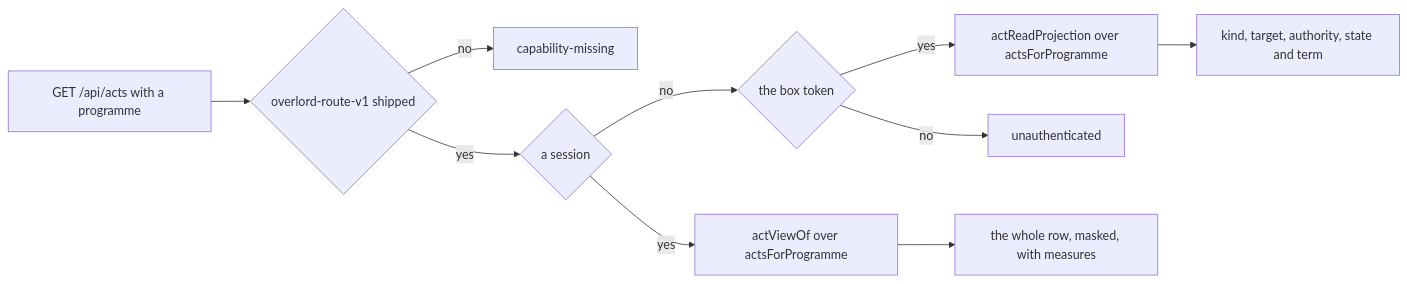
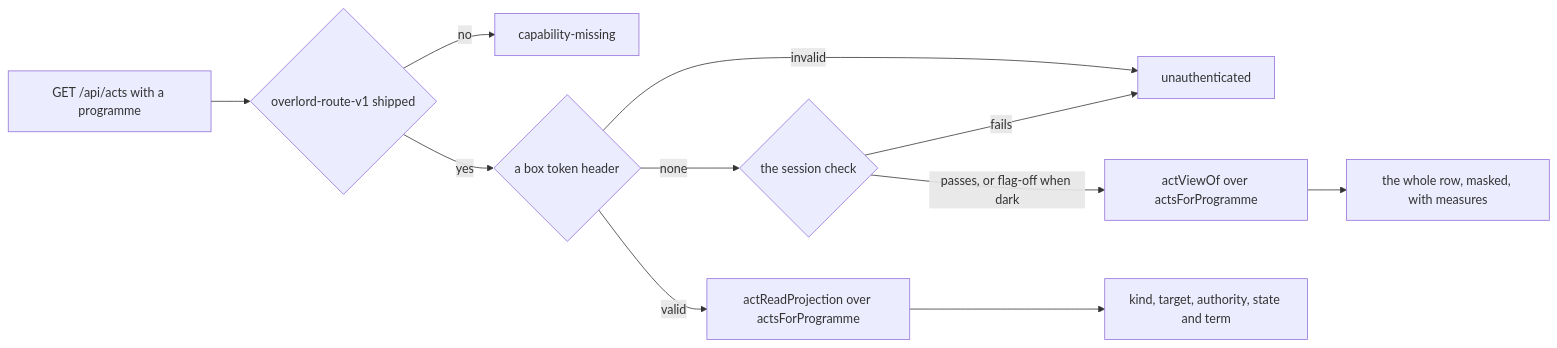
One commit to Synapsium-Labs/ccrc-pwa changed the first of 3 diagrams in docs/superpowers/plans/2026-11-16-overlord-w2/w2-act-reads.md. Above: the diagram before and after it, drawn with Mermaid. The commit also changed other lines of this file and 1 other file, not shown here.

First line of the commit message:
docs(plan): fix round 1 of the W2 operator doors and act reads plans (review 2286)

````diff
--- a/docs/superpowers/plans/2026-11-16-overlord-w2/w2-act-reads.md
+++ b/docs/superpowers/plans/2026-11-16-overlord-w2/w2-act-reads.md
@@ -270,12 +311,13 @@
 ```mermaid
 flowchart LR
   Q["GET /api/acts with a programme"] --> CAP{"overlord-route-v1 shipped"}
   CAP -->|"no"| CM["capability-missing"]
-  CAP -->|"yes"| S{"a session"}
-  S -->|"yes"| W["actViewOf over actsForProgramme"]
-  S -->|"no"| T{"the box token"}
-  T -->|"yes"| P["actReadProjection over actsForProgramme"]
-  T -->|"no"| U["unauthenticated"]
+  CAP -->|"yes"| T{"a box token header"}
+  T -->|"valid"| P["actReadProjection over actsForProgramme"]
+  T -->|"invalid"| U["unauthenticated"]
+  T -->|"none"| S{"the session check"}
+  S -->|"passes, or flag-off when dark"| W["actViewOf over actsForProgramme"]
+  S -->|"fails"| U
   W --> WR["the whole row, masked, with measures"]
   P --> PR["kind, target, authority, state and term"]
 ```
````
